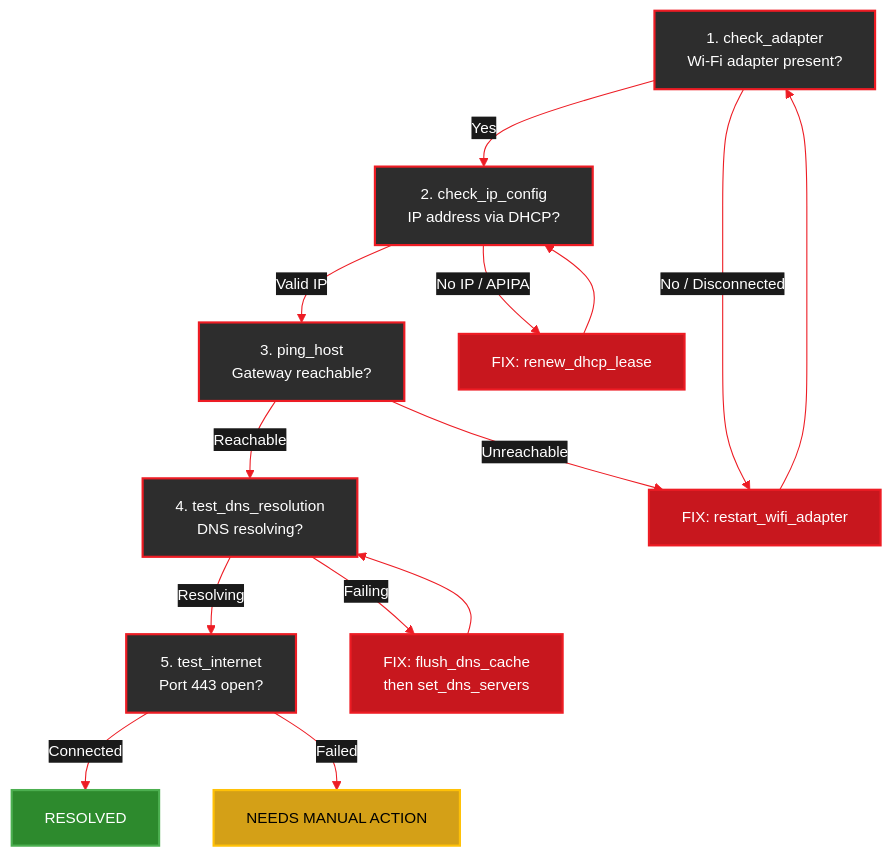
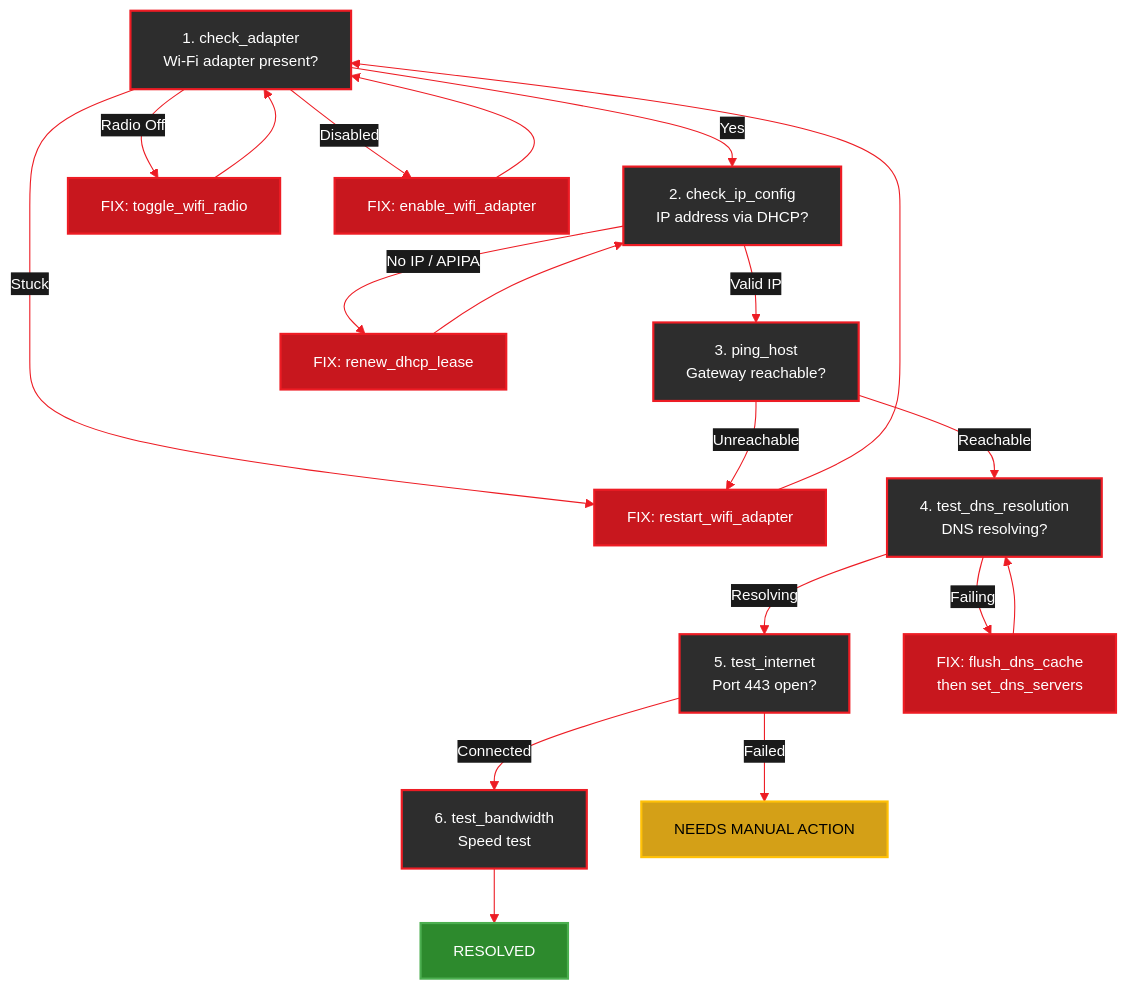
Before and after one commit to amd/gaia: the second of 2 diagrams in docs/guides/cpp/wifi-agent.mdx, drawn with Mermaid. The commit also changed other lines of this file and 13 other files, not shown here.

````diff
--- a/docs/guides/cpp/wifi-agent.mdx
+++ b/docs/guides/cpp/wifi-agent.mdx
@@ -292,28 +317,36 @@
 ```mermaid
 %%{init: {'theme':'base', 'themeVariables': { 'primaryColor':'#ED1C24', 'fontSize':'14px', 'lineColor':'#ED1C24', 'primaryTextColor':'#fff', 'edgeLabelBackground':'#1a1a1a'}, 'flowchart': {'curve': 'basis'}}}%%
 flowchart TD
     A["1. check_adapter\nWi-Fi adapter present?"] -->|Yes| B["2. check_ip_config\nIP address via DHCP?"]
-    A -->|No / Disconnected| F1["FIX: restart_wifi_adapter"]
+    A -->|"Radio Off"| F4["FIX: toggle_wifi_radio"]
+    A -->|"Disabled"| F5["FIX: enable_wifi_adapter"]
+    A -->|"Stuck"| F1["FIX: restart_wifi_adapter"]
     B -->|Valid IP| C["3. ping_host\nGateway reachable?"]
     B -->|No IP / APIPA| F2["FIX: renew_dhcp_lease"]
     C -->|Reachable| D["4. test_dns_resolution\nDNS resolving?"]
     C -->|Unreachable| F1
     D -->|Resolving| E["5. test_internet\nPort 443 open?"]
     D -->|Failing| F3["FIX: flush_dns_cache\nthen set_dns_servers"]
-    E -->|Connected| R["RESOLVED"]
+    E -->|Connected| BW["6. test_bandwidth\nSpeed test"]
     E -->|Failed| M["NEEDS MANUAL ACTION"]
+    BW --> R["RESOLVED"]
     F1 --> A
     F2 --> B
     F3 --> D
+    F4 --> A
+    F5 --> A
 
     style A fill:#2d2d2d,stroke:#ED1C24,stroke-width:2px,color:#fff
     style B fill:#2d2d2d,stroke:#ED1C24,stroke-width:2px,color:#fff
     style C fill:#2d2d2d,stroke:#ED1C24,stroke-width:2px,color:#fff
     style D fill:#2d2d2d,stroke:#ED1C24,stroke-width:2px,color:#fff
     style E fill:#2d2d2d,stroke:#ED1C24,stroke-width:2px,color:#fff
+    style BW fill:#2d2d2d,stroke:#ED1C24,stroke-width:2px,color:#fff
     style F1 fill:#C8171E,stroke:#ED1C24,stroke-width:2px,color:#fff
     style F2 fill:#C8171E,stroke:#ED1C24,stroke-width:2px,color:#fff
     style F3 fill:#C8171E,stroke:#ED1C24,stroke-width:2px,color:#fff
+    style F4 fill:#C8171E,stroke:#ED1C24,stroke-width:2px,color:#fff
+    style F5 fill:#C8171E,stroke:#ED1C24,stroke-width:2px,color:#fff
     style R fill:#2d8a2d,stroke:#4CAF50,stroke-width:2px,color:#fff
     style M fill:#d4a017,stroke:#FFC107,stroke-width:2px,color:#000
 ```
````
